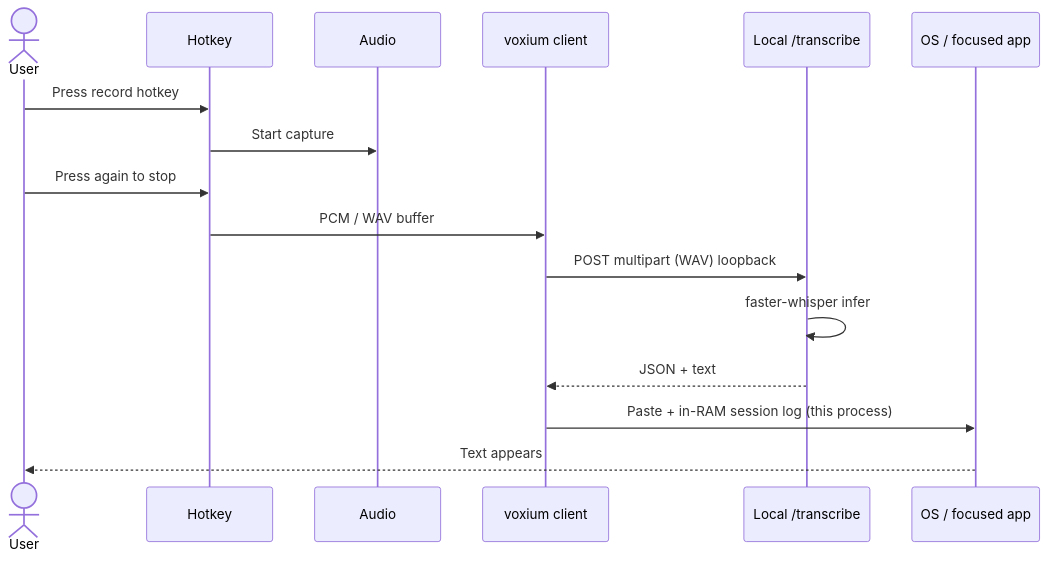
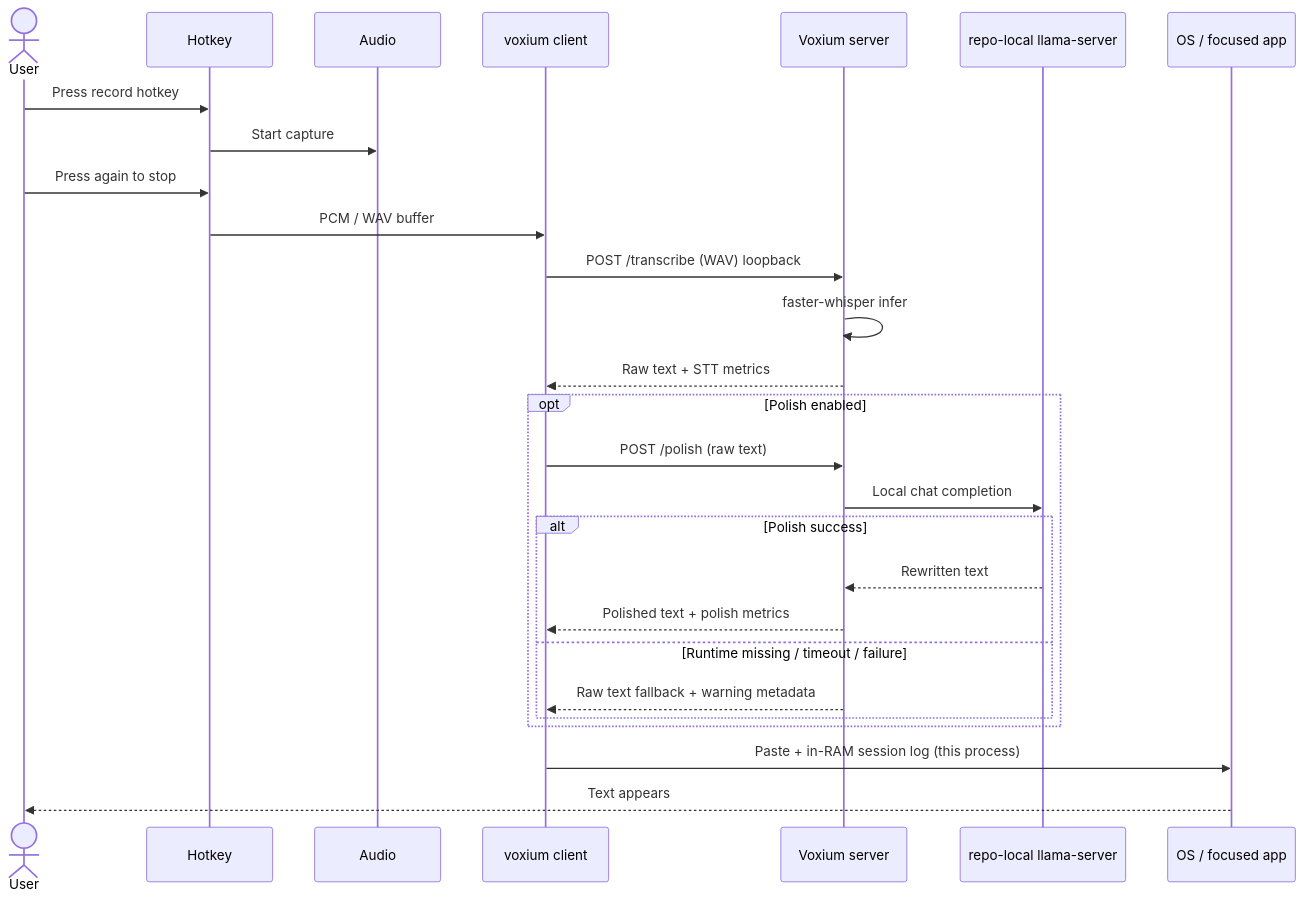
Before and after one commit to chris-piekarski/voxium-ptt: the third of 7 diagrams in docs/architecture.md, drawn with Mermaid. The commit also changed other lines of this file and 70 other files, not shown here.

````diff
--- a/docs/architecture.md
+++ b/docs/architecture.md
@@ -87,19 +112,30 @@
 ```mermaid
 sequenceDiagram
   actor User
   participant Hotkey
   participant Audio
   participant Client as voxium client
-  participant Server as Local /transcribe
+  participant Server as Voxium server
+  participant Llama as repo-local llama-server
   participant OS as OS / focused app
 
   User->>Hotkey: Press record hotkey
   Hotkey->>Audio: Start capture
   User->>Hotkey: Press again to stop
   Hotkey->>Client: PCM / WAV buffer
-  Client->>Server: POST multipart (WAV) loopback
+  Client->>Server: POST /transcribe (WAV) loopback
   Server->>Server: faster-whisper infer
-  Server-->>Client: JSON + text
+  Server-->>Client: Raw text + STT metrics
+  opt Polish enabled
+    Client->>Server: POST /polish (raw text)
+    Server->>Llama: Local chat completion
+    alt Polish success
+      Llama-->>Server: Rewritten text
+      Server-->>Client: Polished text + polish metrics
+    else Runtime missing / timeout / failure
+      Server-->>Client: Raw text fallback + warning metadata
+    end
+  end
   Client->>OS: Paste + in-RAM session log (this process)
   OS-->>User: Text appears
 ```
````
